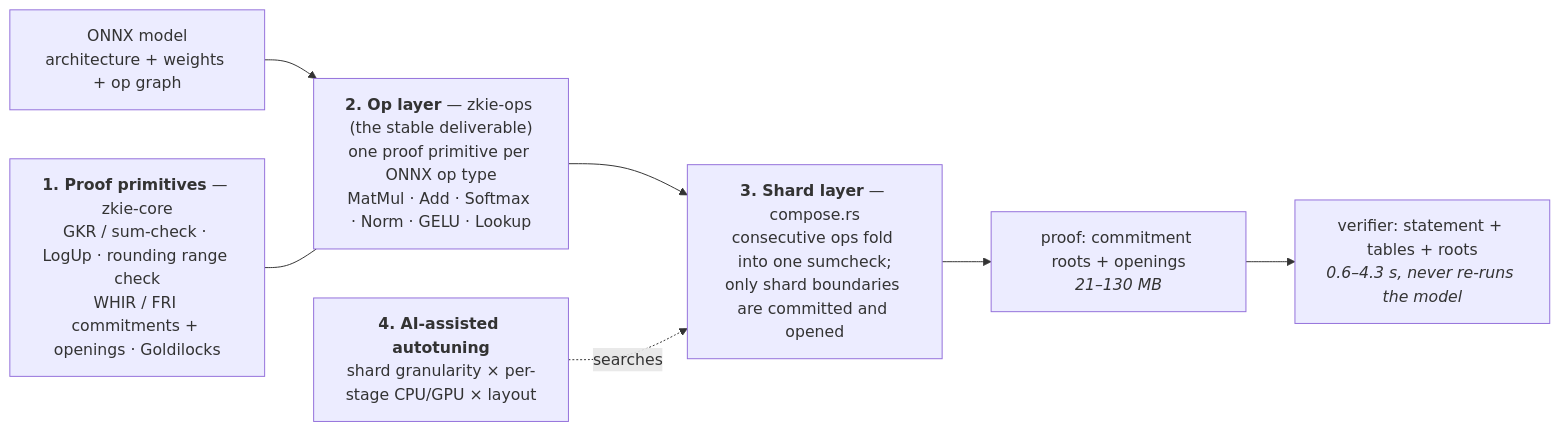
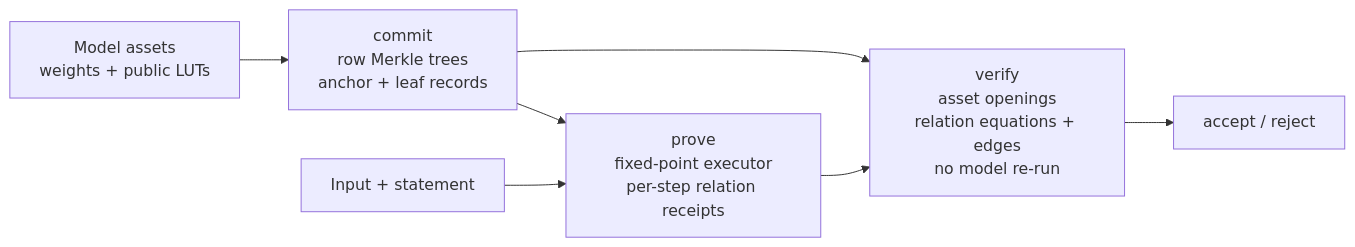
One commit to JimmyShi22/zkIE changed the diagram in README.md. Above: the diagram before and after it, drawn with Mermaid. The commit also changed other lines of this file and 5 other files, not shown here.

Commit message:
Rewrite documentation for the current commit, prove, and verify pipeline

````diff
--- a/README.md
+++ b/README.md
@@ -26,15 +33,9 @@
 ```mermaid
 flowchart LR
-    ONNX["ONNX model<br/>architecture + weights + op graph"]
-    PRIM["<b>1. Proof primitives</b> — zkie-core<br/>GKR / sum-check · LogUp · rounding range check<br/>WHIR / FRI commitments + openings · Goldilocks"]
-    OPS["<b>2. Op layer</b> — zkie-ops (the stable deliverable)<br/>one proof primitive per ONNX op type<br/>MatMul · Add · Softmax · Norm · GELU · Lookup"]
-    SHARD["<b>3. Shard layer</b> — compose.rs<br/>consecutive ops fold into one sumcheck;<br/>only shard boundaries are committed and opened"]
-    PROOF["proof: commitment roots + openings<br/><i>21–130 MB</i>"]
-    VERIFY["verifier: statement + tables + roots<br/><i>0.6–4.3 s, never re-runs the model</i>"]
-    AUTO["<b>4. AI-assisted autotuning</b><br/>shard granularity × per-stage CPU/GPU × layout"]
-
-    ONNX --> OPS
-    PRIM --- OPS
-    OPS --> SHARD --> PROOF --> VERIFY
-    AUTO -. searches .-> SHARD
+    A["Model assets<br/>weights + public LUTs"] --> C["commit<br/>row Merkle trees<br/>anchor + leaf records"]
+    C --> P["prove<br/>fixed-point executor<br/>per-step relation receipts"]
+    I["Input + statement"] --> P
+    P --> V["verify<br/>asset openings<br/>relation equations + edges<br/>no model re-run"]
+    C --> V
+    V --> R["accept / reject"]
 ```
````
